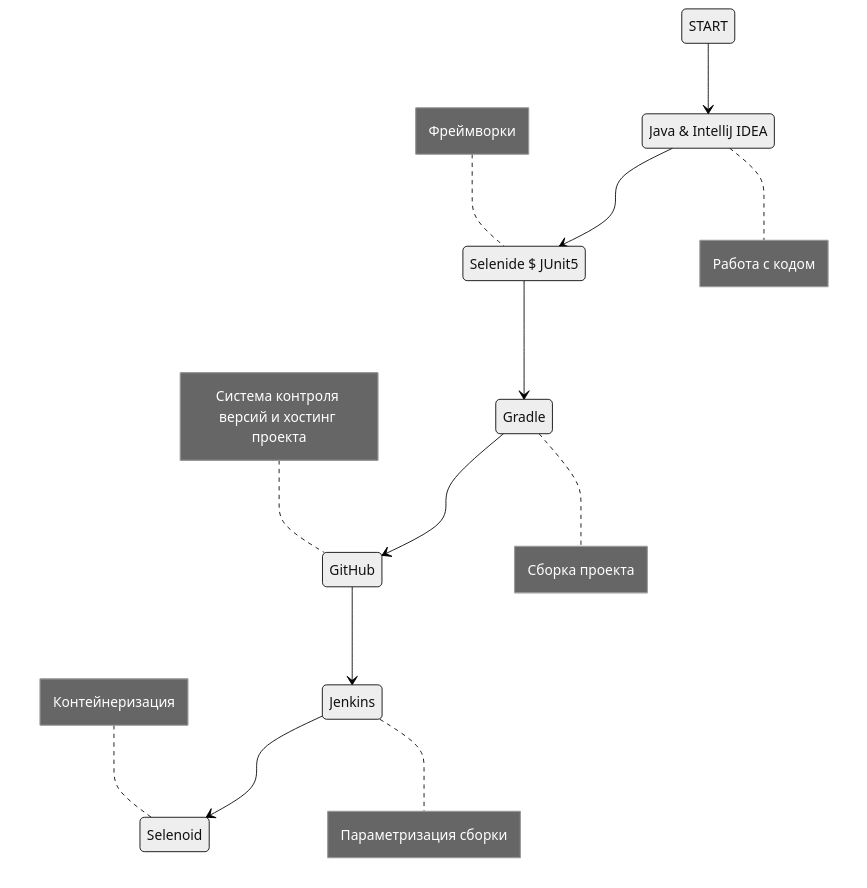
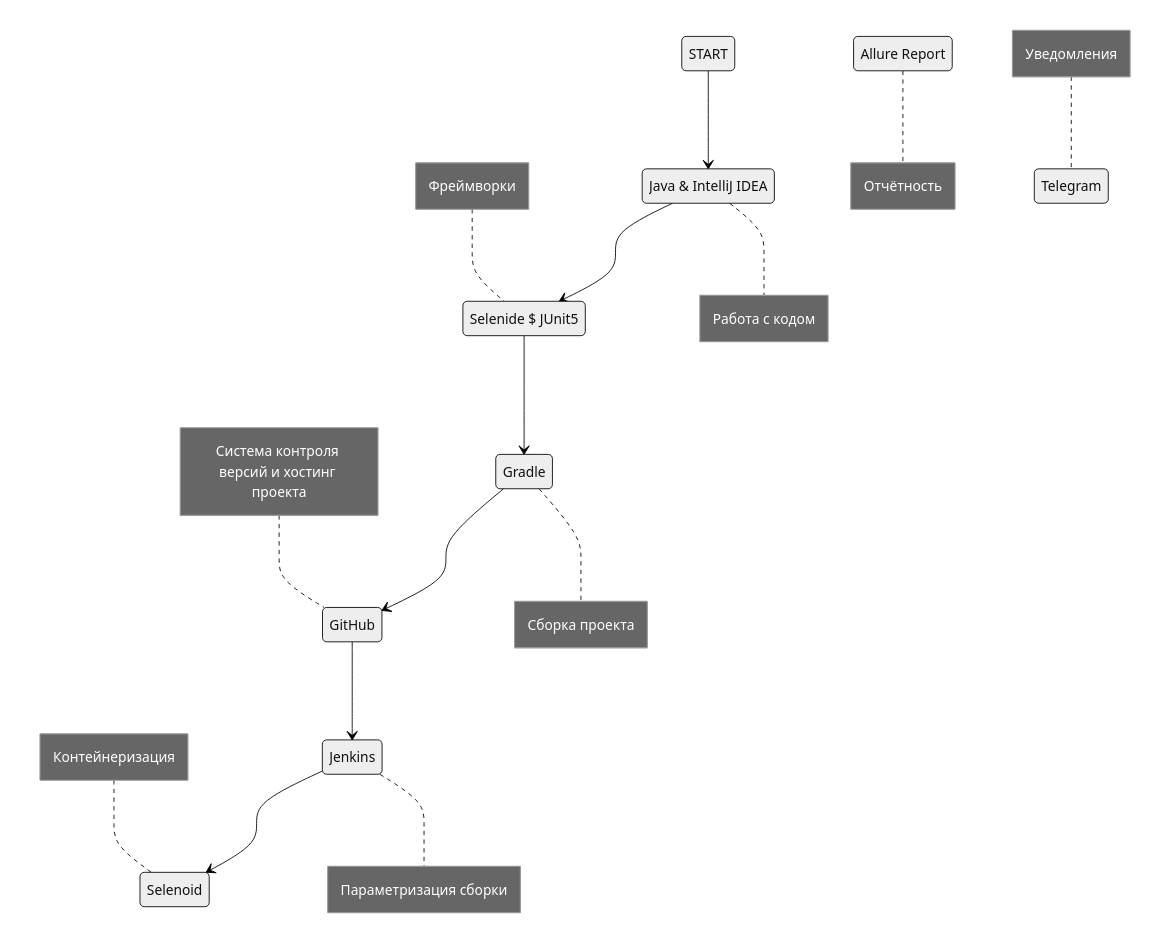
One commit to SergeevSergeiS/Wildberries changed the diagram in README.md. Above: the diagram before and after it, drawn with Mermaid (neutral theme).

Commit message:
README.md created

````diff
--- a/README.md
+++ b/README.md
@@ -1,22 +1,26 @@
 ```mermaid        
     stateDiagram-v2
         State1: START
         State2: Java & IntelliJ IDEA
         State3: Selenide $ JUnit5
         State4: Gradle
         State5: GitHub
         State6: Jenkins
         State7: Selenoid
+        State8: Allure Report
+        State9: Telegram
         State1 --> State2
         State2 --> State3
         State3 --> State4
         State4 --> State5
         State5 --> State6
         State6 --> State7
         note right of State2 : Работа с кодом
         note left of State3 : Фреймворки
         note right of State4 : Сборка проекта
         note left of State5 : Система контроля версий и хостинг проекта
         note right of State6 : Параметризация сборки
         note left of State7 : Контейнеризация
+        note right of State8 : Отчётность
+        note left of State9 : Уведомления
 ```
````
